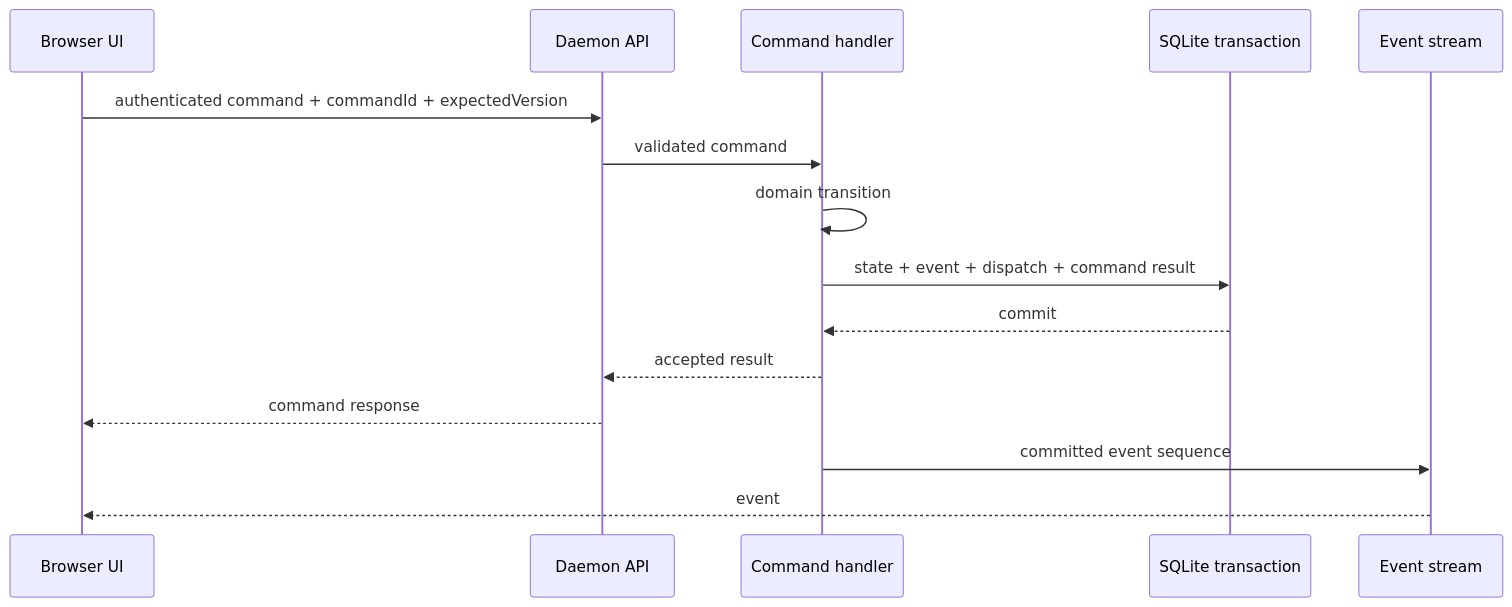
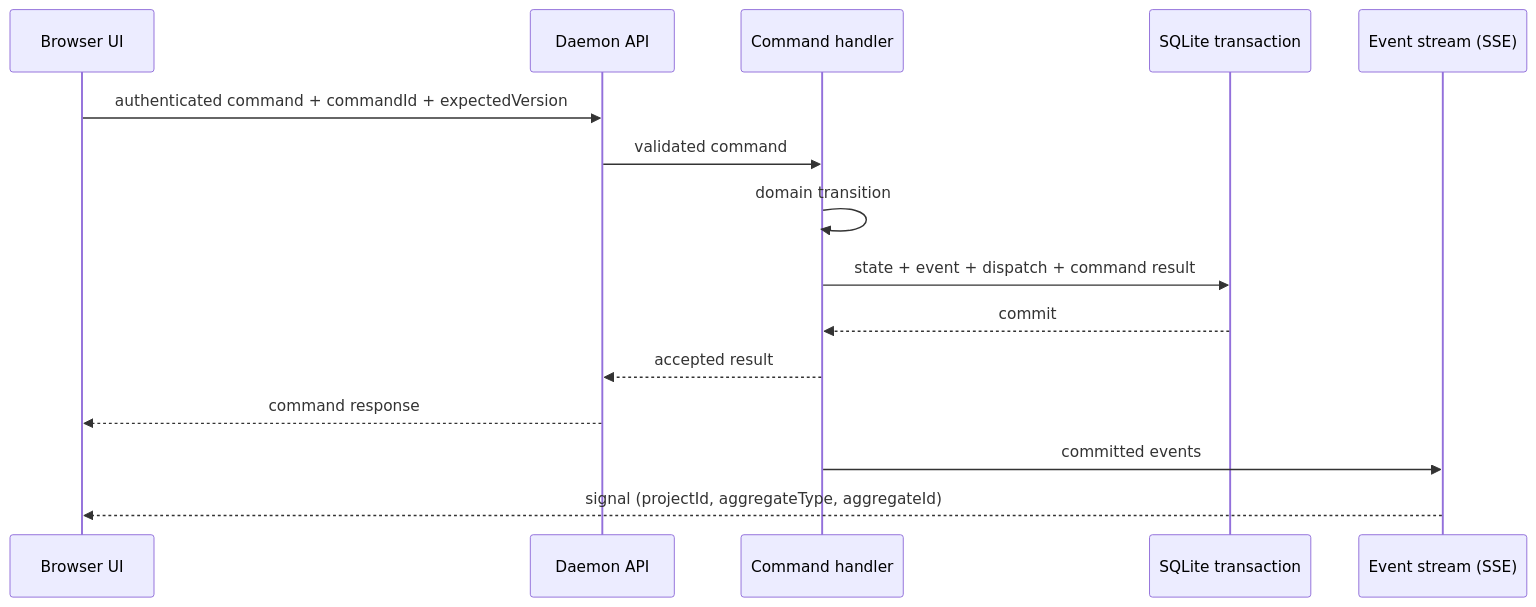
Before and after one commit to loomrail/loomrail: the second of 2 diagrams in docs/architecture/OVERVIEW.md, drawn with Mermaid. The commit also changed other lines of this file and 12 other files, not shown here.

````diff
--- a/docs/architecture/OVERVIEW.md
+++ b/docs/architecture/OVERVIEW.md
@@ -75,18 +75,18 @@
 ```mermaid
 sequenceDiagram
     participant UI as Browser UI
     participant API as Daemon API
     participant APP as Command handler
     participant DB as SQLite transaction
-    participant WS as Event stream
+    participant SSE as Event stream (SSE)
 
     UI->>API: authenticated command + commandId + expectedVersion
     API->>APP: validated command
     APP->>APP: domain transition
     APP->>DB: state + event + dispatch + command result
     DB-->>APP: commit
     APP-->>API: accepted result
     API-->>UI: command response
-    APP->>WS: committed event sequence
-    WS-->>UI: event
+    APP->>SSE: committed events
+    SSE-->>UI: signal (projectId, aggregateType, aggregateId)
 ```
````
